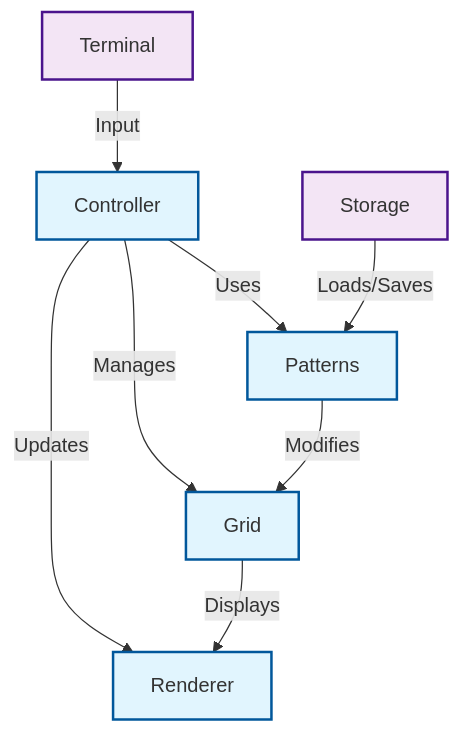
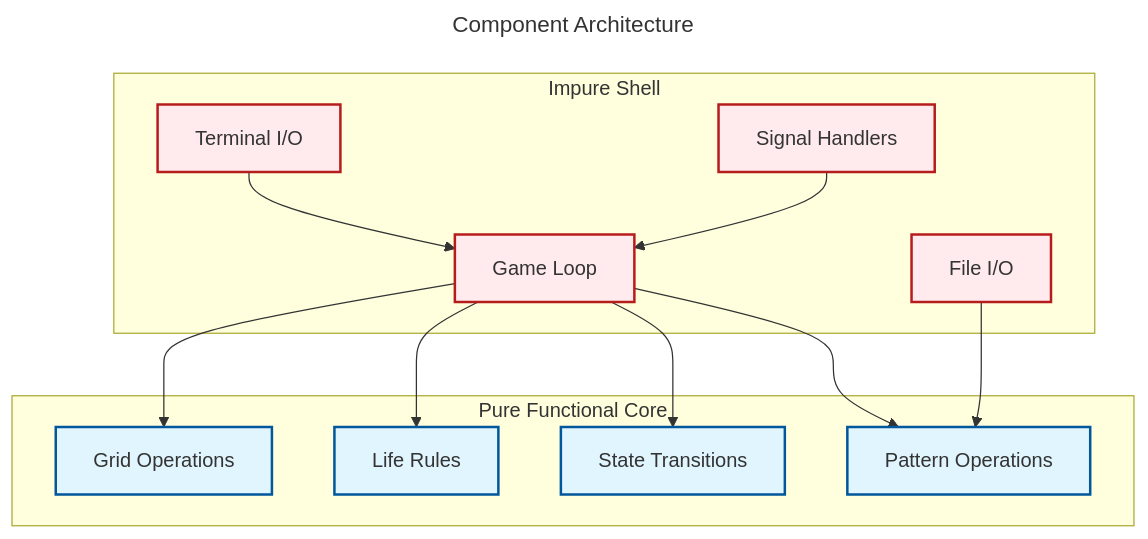
Before and after one commit to dewe/py-gol: the fifth of 6 diagrams in docs/diagrams.md, drawn with Mermaid. The commit also changed 3 other files, not shown here.

````diff
--- a/docs/diagrams.md
+++ b/docs/diagrams.md
@@ -105,16 +105,36 @@
 ```mermaid
+---
+title: Component Architecture
+---
 graph TD
-    Controller -->|Manages| Grid
-    Controller -->|Uses| Patterns
-    Controller -->|Updates| Renderer
-    Patterns -->|Modifies| Grid
-    Grid -->|Displays| Renderer
-    Terminal -->|Input| Controller
-    Storage -->|Loads/Saves| Patterns
+    %% Pure Core
+    subgraph Pure ["Pure Functional Core"]
+        Grid[Grid Operations]
+        Life[Life Rules]
+        State[State Transitions]
+        Pattern[Pattern Operations]
+    end
+
+    %% Impure Shell
+    subgraph Impure ["Impure Shell"]
+        Terminal[Terminal I/O]
+        FileIO[File I/O]
+        Signals[Signal Handlers]
+        GameLoop[Game Loop]
+    end
+
+    %% Connections
+    GameLoop --> Grid
+    GameLoop --> Life
+    GameLoop --> State
+    GameLoop --> Pattern
+    Terminal --> GameLoop
+    FileIO --> Pattern
+    Signals --> GameLoop
 
     %% Styling
-    classDef component fill:#e1f5fe,stroke:#01579b,stroke-width:2px;
-    classDef system fill:#f3e5f5,stroke:#4a148c,stroke-width:2px;
-    class Controller,Grid,Patterns,Renderer component;
-    class Terminal,Storage system;
+    classDef pure fill:#e1f5fe,stroke:#01579b,stroke-width:2px;
+    classDef impure fill:#ffebee,stroke:#b71c1c,stroke-width:2px;
+    class Grid,Life,State,Pattern pure;
+    class Terminal,FileIO,Signals,GameLoop impure;
 ```
````
